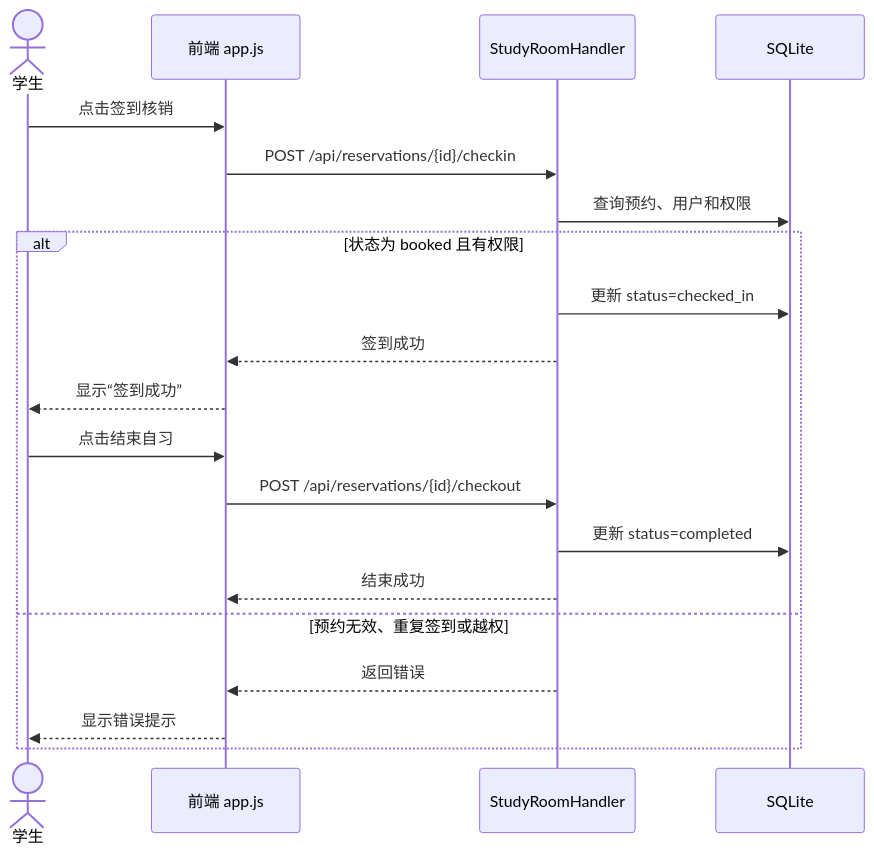
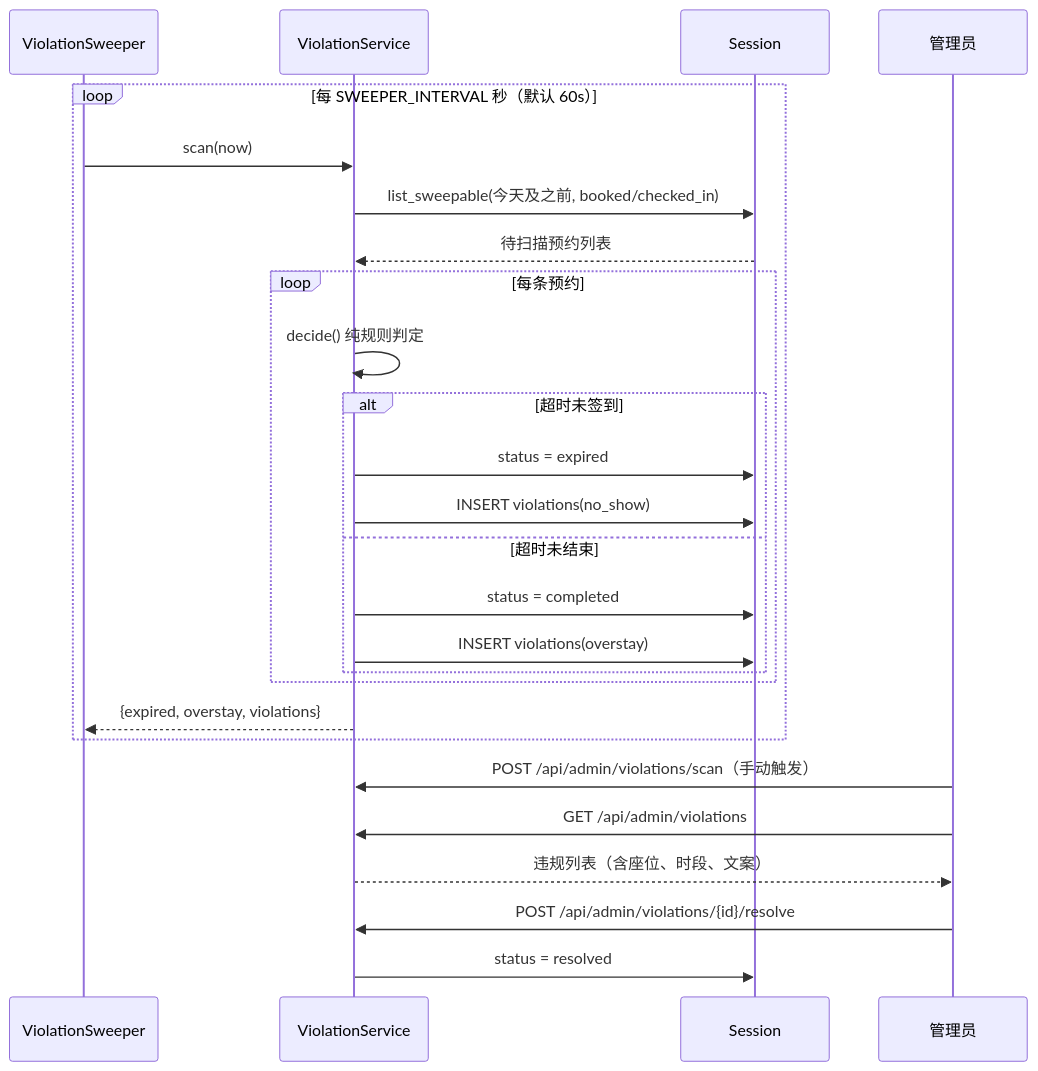
The fifth of 7 diagrams in docs/系统设计/当前代码设计图稿.md (Type81-1/campus-ai-study-room), drawn with Mermaid before and after one commit. The commit also changed other lines of this file and 4 other files, not shown here.

First line of the commit message:
文档：更新 README 与设计图稿以对齐分层实现

````diff
--- a/docs/系统设计/当前代码设计图稿.md
+++ b/docs/系统设计/当前代码设计图稿.md
@@ -153,22 +297,30 @@
 ```mermaid
 sequenceDiagram
-    actor Student as 学生
-    participant Frontend as 前端 app.js
-    participant API as StudyRoomHandler
-    participant DB as SQLite
-    Student->>Frontend: 点击签到核销
-    Frontend->>API: POST /api/reservations/{id}/checkin
-    API->>DB: 查询预约、用户和权限
-    alt 状态为 booked 且有权限
-        API->>DB: 更新 status=checked_in
-        API-->>Frontend: 签到成功
-        Frontend-->>Student: 显示“签到成功”
-        Student->>Frontend: 点击结束自习
-        Frontend->>API: POST /api/reservations/{id}/checkout
-        API->>DB: 更新 status=completed
-        API-->>Frontend: 结束成功
-    else 预约无效、重复签到或越权
-        API-->>Frontend: 返回错误
-        Frontend-->>Student: 显示错误提示
+    participant SW as ViolationSweeper
+    participant SVC as ViolationService
+    participant DB as Session
+    participant Admin as 管理员
+
+    loop 每 SWEEPER_INTERVAL 秒（默认 60s）
+        SW->>SVC: scan(now)
+        SVC->>DB: list_sweepable(今天及之前, booked/checked_in)
+        DB-->>SVC: 待扫描预约列表
+        loop 每条预约
+            SVC->>SVC: decide() 纯规则判定
+            alt 超时未签到
+                SVC->>DB: status = expired
+                SVC->>DB: INSERT violations(no_show)
+            else 超时未结束
+                SVC->>DB: status = completed
+                SVC->>DB: INSERT violations(overstay)
+            end
+        end
+        SVC-->>SW: {expired, overstay, violations}
     end
+
+    Admin->>SVC: POST /api/admin/violations/scan（手动触发）
+    Admin->>SVC: GET /api/admin/violations
+    SVC-->>Admin: 违规列表（含座位、时段、文案）
+    Admin->>SVC: POST /api/admin/violations/{id}/resolve
+    SVC->>DB: status = resolved
 ```
````
